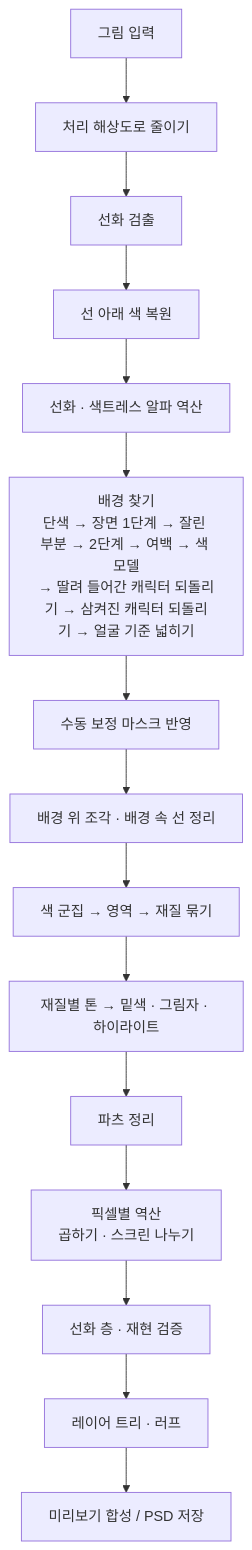
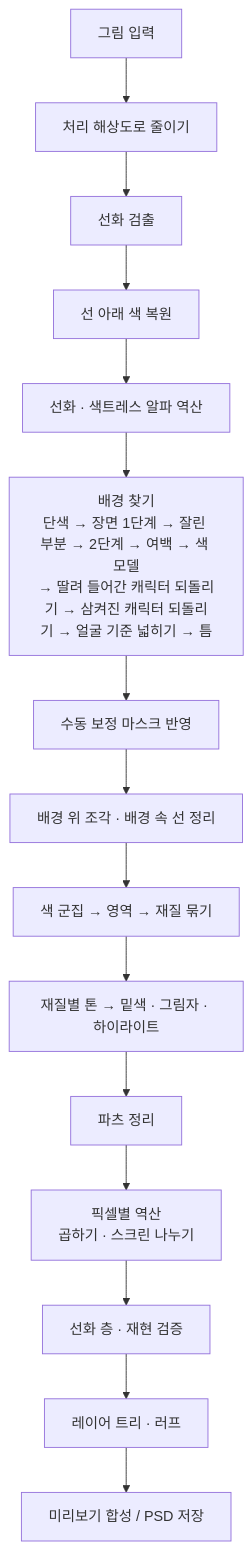
One commit to Velvitty/Illustracy changed the diagram in README.md. Above: the diagram before and after it, drawn with Mermaid. The commit also changed other lines of this file and 1 other file, not shown here.

````diff
--- a/README.md
+++ b/README.md
@@ -245,17 +247,17 @@
 ```mermaid
 flowchart TD
   A[그림 입력] --> B[처리 해상도로 줄이기]
   B --> C[선화 검출]
   C --> D[선 아래 색 복원]
   D --> E[선화 · 색트레스 알파 역산]
-  E --> F[배경 찾기<br/>단색 → 장면 1단계 → 잘린 부분 → 2단계 → 여백 → 색 모델<br/>→ 딸려 들어간 캐릭터 되돌리기 → 삼켜진 캐릭터 되돌리기 → 얼굴 기준 넓히기]
+  E --> F[배경 찾기<br/>단색 → 장면 1단계 → 잘린 부분 → 2단계 → 여백 → 색 모델<br/>→ 딸려 들어간 캐릭터 되돌리기 → 삼켜진 캐릭터 되돌리기 → 얼굴 기준 넓히기 → 틈]
   F --> G[수동 보정 마스크 반영]
   G --> H[배경 위 조각 · 배경 속 선 정리]
   H --> I[색 군집 → 영역 → 재질 묶기]
   I --> J[재질별 톤 → 밑색 · 그림자 · 하이라이트]
   J --> K[파츠 정리]
   K --> L[픽셀별 역산<br/>곱하기 · 스크린 나누기]
   L --> M[선화 층 · 재현 검증]
   M --> N[레이어 트리 · 러프]
   N --> O[미리보기 합성 / PSD 저장]
 ```
````
